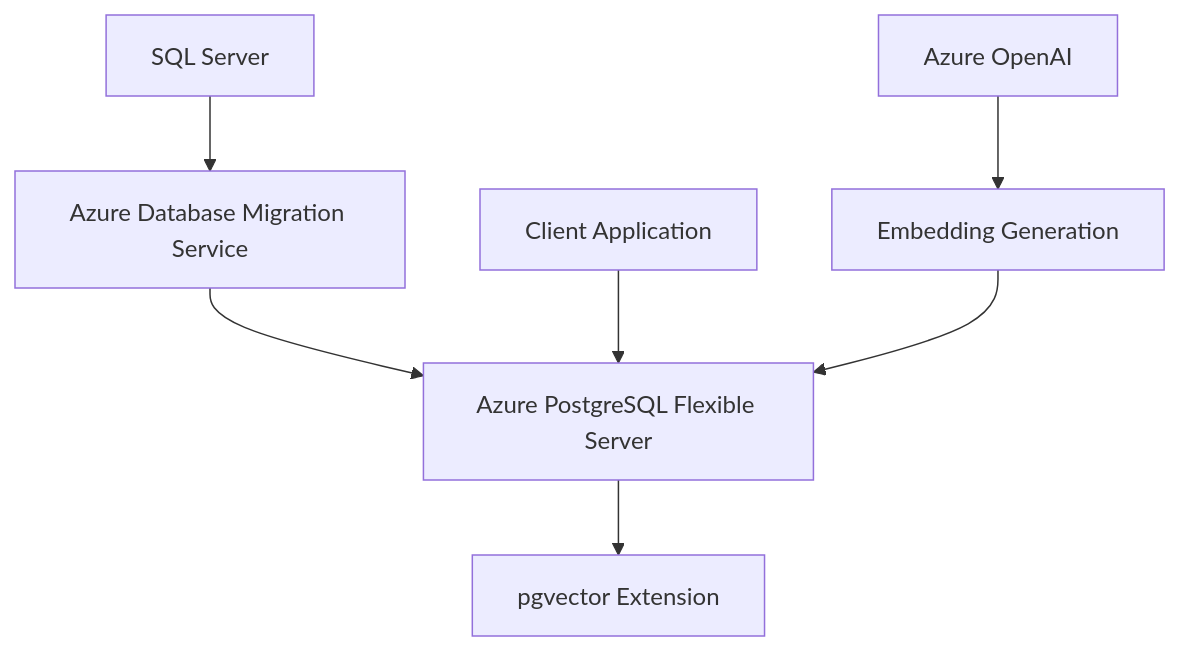
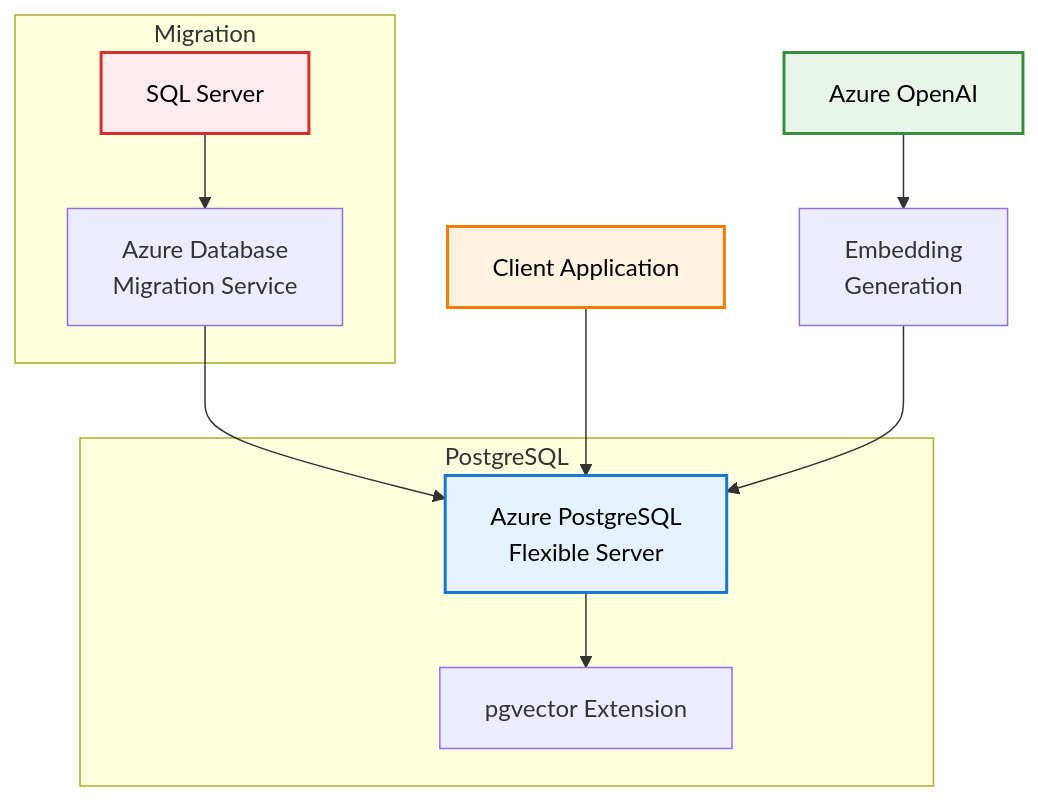
Before and after one commit to bravegeek/az-vectordb: the third of 4 diagrams in docs/options.md, drawn with Mermaid. The commit also changed other lines of this file, not shown here.

Commit message:
clean up mermaid

````diff
--- a/docs/options.md
+++ b/docs/options.md
@@ -99,9 +132,24 @@
 ```mermaid
 graph TB
-    A[SQL Server] --> B[Azure Database Migration Service]
-    B --> C[Azure PostgreSQL Flexible Server]
+    A[SQL Server] --> B[Azure Database<br/>Migration Service]
+    B --> C[Azure PostgreSQL<br/>Flexible Server]
     C --> D[pgvector Extension]
     E[Client Application] --> C
-    F[Azure OpenAI] --> G[Embedding Generation]
+    F[Azure OpenAI] --> G[Embedding<br/>Generation]
     G --> C
+    
+    subgraph "Migration"
+        A
+        B
+    end
+    
+    subgraph "PostgreSQL"
+        C
+        D
+    end
+    
+    style A fill:#ffebee,stroke:#d32f2f,stroke-width:2px,color:#000
+    style C fill:#e3f2fd,stroke:#1976d2,stroke-width:2px,color:#000
+    style F fill:#e8f5e8,stroke:#388e3c,stroke-width:2px,color:#000
+    style E fill:#fff3e0,stroke:#f57c00,stroke-width:2px,color:#000
 ```
````
